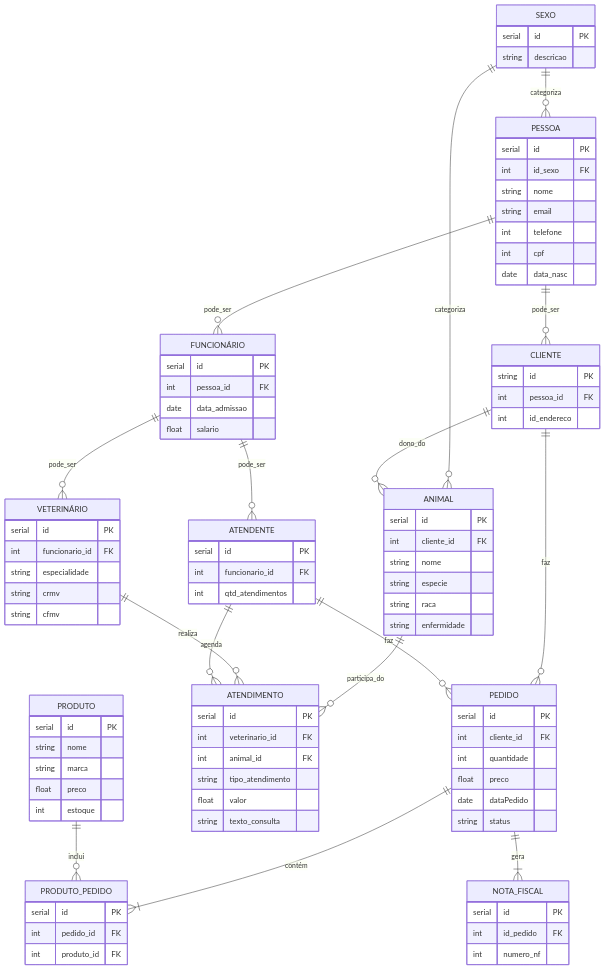
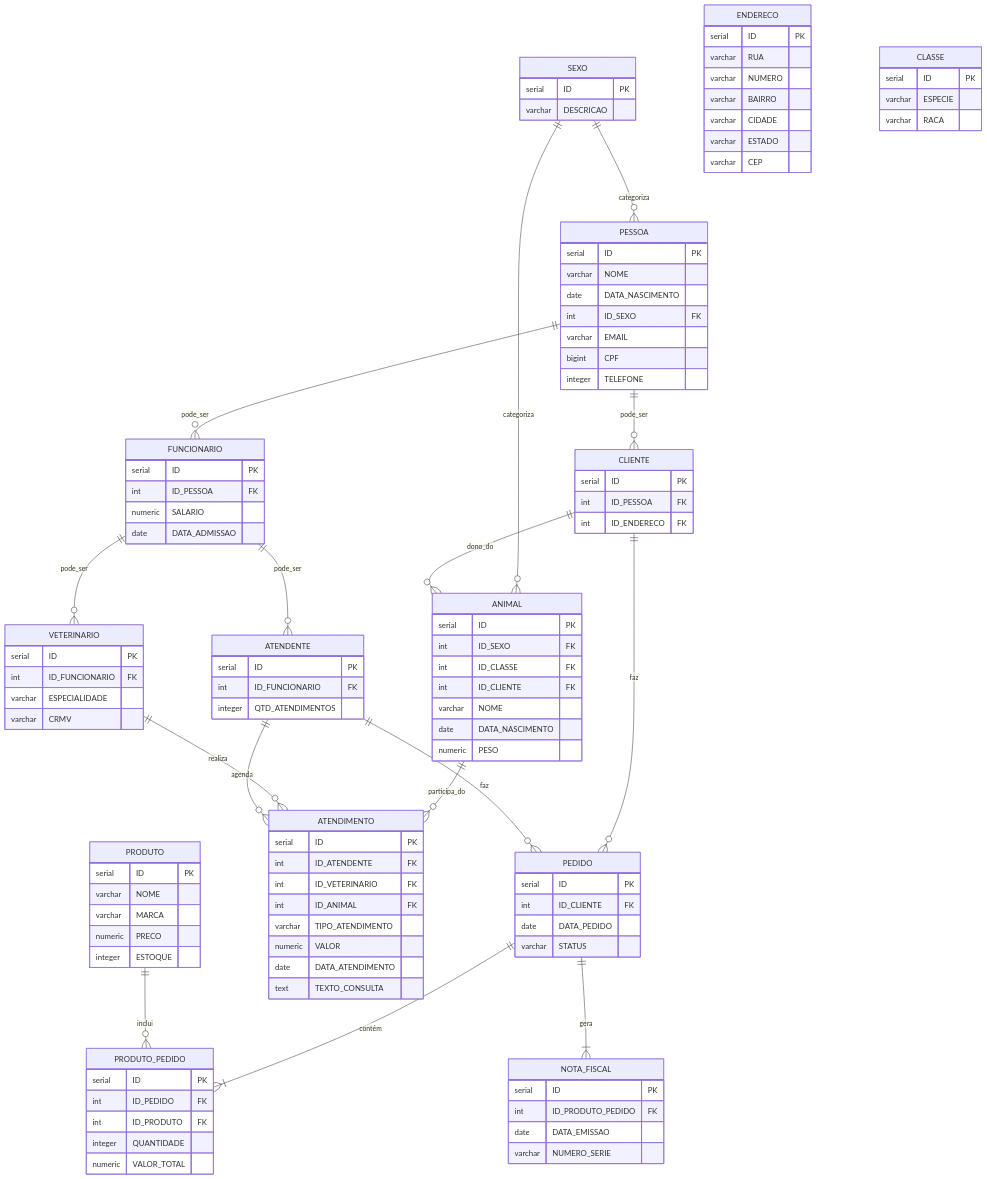
Before and after one commit to Lauraasn/APP-CLINICA-VETERINARIA: the diagram in README.md, drawn with Mermaid. The commit also changed 3 other files, not shown here.

````diff
--- a/README.md
+++ b/README.md
@@ -7,96 +7,113 @@
 ```mermaid
 erDiagram
-    SEXO || --o{ PESSOA : categoriza
-    SEXO || --o{ ANIMAL : categoriza
-    PESSOA || --o{ CLIENTE : pode_ser
-    PESSOA || --o{ FUNCIONÁRIO : pode_ser
+    SEXO ||--o{ PESSOA : categoriza
+    SEXO ||--o{ ANIMAL : categoriza
+    PESSOA ||--o{ CLIENTE : pode_ser
+    PESSOA ||--o{ FUNCIONARIO : pode_ser
     CLIENTE ||--o{ PEDIDO : faz
-    CLIENTE || --o{ ANIMAL : dono_do
-    ANIMAL || --o{ ATENDIMENTO : participa_do
-    VETERINÁRIO || --o{ ATENDIMENTO : realiza
-    ATENDENTE || --o{ PEDIDO : faz
-    ATENDENTE || --o{ ATENDIMENTO : agenda
-    FUNCIONÁRIO || --o{ VETERINÁRIO : pode_ser
-    FUNCIONÁRIO || --o{ ATENDENTE : pode_ser
+    CLIENTE ||--o{ ANIMAL : dono_do
+    ANIMAL ||--o{ ATENDIMENTO : participa_do
+    VETERINARIO ||--o{ ATENDIMENTO : realiza
+    ATENDENTE ||--o{ PEDIDO : faz
+    ATENDENTE ||--o{ ATENDIMENTO : agenda
+    FUNCIONARIO ||--o{ VETERINARIO : pode_ser
+    FUNCIONARIO ||--o{ ATENDENTE : pode_ser
     PEDIDO ||--|{ PRODUTO_PEDIDO : contém
     PEDIDO ||--|{ NOTA_FISCAL : gera
     PRODUTO ||--o{ PRODUTO_PEDIDO : inclui
+
     SEXO {
-        serial id PK
-        string descricao
+        serial ID PK
+        varchar DESCRICAO
+    }
+    ENDERECO {
+        serial ID PK
+        varchar RUA
+        varchar NUMERO
+        varchar BAIRRO
+        varchar CIDADE
+        varchar ESTADO
+        varchar CEP
+    }
+    CLASSE {
+        serial ID PK
+        varchar ESPECIE
+        varchar RACA
     }
     PESSOA {
-        serial id PK
-        int id_sexo FK
-        string nome
-        string email
-        int telefone
-        int cpf
-        date data_nasc
+        serial ID PK
+        varchar NOME
+        date DATA_NASCIMENTO
+        int ID_SEXO FK
+        varchar EMAIL
+        bigint CPF
+        integer TELEFONE
+    }
+    FUNCIONARIO {
+        serial ID PK
+        int ID_PESSOA FK
+        numeric SALARIO
+        date DATA_ADMISSAO
+    }
+    ATENDENTE {
+        serial ID PK
+        int ID_FUNCIONARIO FK
+        integer QTD_ATENDIMENTOS
+    }
+    VETERINARIO {
+        serial ID PK
+        int ID_FUNCIONARIO FK
+        varchar ESPECIALIDADE
+        varchar CRMV
     }
     CLIENTE {
-        string id PK
-        int pessoa_id FK
-        int id_endereco
-    }
-    FUNCIONÁRIO{
-        serial id PK
-        int pessoa_id FK
-        date data_admissao
-        float salario
-    }
-    VETERINÁRIO{
-        serial id PK
-        int funcionario_id FK
-        string especialidade
-        string crmv
-        string cfmv
-    }
-    ATENDENTE {
-        serial id PK
-        int funcionario_id FK
-        int qtd_atendimentos
+        serial ID PK
+        int ID_PESSOA FK
+        int ID_ENDERECO FK
     }
     ANIMAL {
-        serial id PK
-        int cliente_id FK
-        string nome
-        string especie
-        string raca
-        string enfermidade
+        serial ID PK
+        int ID_SEXO FK
+        int ID_CLASSE FK
+        int ID_CLIENTE FK
+        varchar NOME
+        date DATA_NASCIMENTO
+        numeric PESO
     }
     ATENDIMENTO {
-        serial id PK
-        int veterinario_id FK
-        int animal_id FK
-        string tipo_atendimento
-        float valor
-        string texto_consulta
+        serial ID PK
+        int ID_ATENDENTE FK
+        int ID_VETERINARIO FK
+        int ID_ANIMAL FK
+        varchar TIPO_ATENDIMENTO
+        numeric VALOR
+        date DATA_ATENDIMENTO
+        text TEXTO_CONSULTA
     }
     PEDIDO {
-        serial id PK
-        int cliente_id FK
-        int quantidade
-        float preco
-        date dataPedido
-        string status
+        serial ID PK
+        int ID_CLIENTE FK
+        date DATA_PEDIDO
+        varchar STATUS
+    }
+    PRODUTO {
+        serial ID PK
+        varchar NOME
+        varchar MARCA
+        numeric PRECO
+        integer ESTOQUE
+    }
+    PRODUTO_PEDIDO {
+        serial ID PK
+        int ID_PEDIDO FK
+        int ID_PRODUTO FK
+        integer QUANTIDADE
+        numeric VALOR_TOTAL
     }
     NOTA_FISCAL {
-        serial id PK
-        int id_pedido FK
-        int numero_nf
-
-    }
-    PRODUTO {
-        serial id PK
-        string nome
-        string marca
-        float preco
-        int estoque
-    }
-    PRODUTO_PEDIDO {
-        serial id PK
-        int pedido_id FK
-        int produto_id FK
+        serial ID PK
+        int ID_PRODUTO_PEDIDO FK
+        date DATA_EMISSAO
+        varchar NUMERO_SERIE
     }
 ```
````
